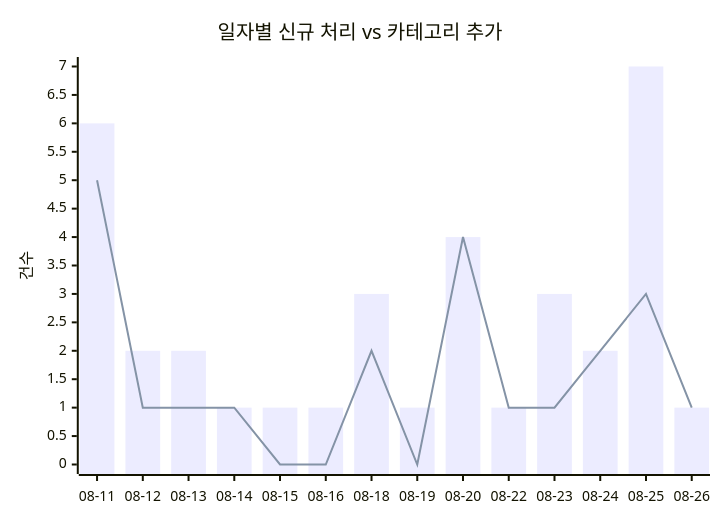
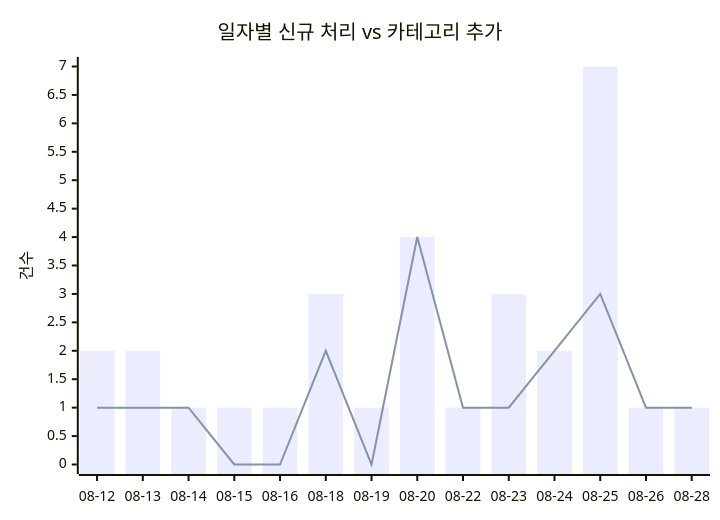
Before and after one commit to J-nowcow/awesome-korean-agent-skills: the first of 2 diagrams in docs/trends.md, drawn with Mermaid. The commit also changed other lines of this file and 28 other files, not shown here.

````diff
--- a/docs/trends.md
+++ b/docs/trends.md
@@ -32,8 +32,8 @@
 ```mermaid
 xychart-beta
     title "일자별 신규 처리 vs 카테고리 추가"
-    x-axis ["08-11","08-12","08-13","08-14","08-15","08-16","08-18","08-19","08-20","08-22","08-23","08-24","08-25","08-26"]
+    x-axis ["08-12","08-13","08-14","08-15","08-16","08-18","08-19","08-20","08-22","08-23","08-24","08-25","08-26","08-28"]
     y-axis "건수"
-    bar [6,2,2,1,1,1,3,1,4,1,3,2,7,1]
-    line [5,1,1,1,0,0,2,0,4,1,1,2,3,1]
+    bar [2,2,1,1,1,3,1,4,1,3,2,7,1,1]
+    line [1,1,1,0,0,2,0,4,1,1,2,3,1,1]
 ```
````
